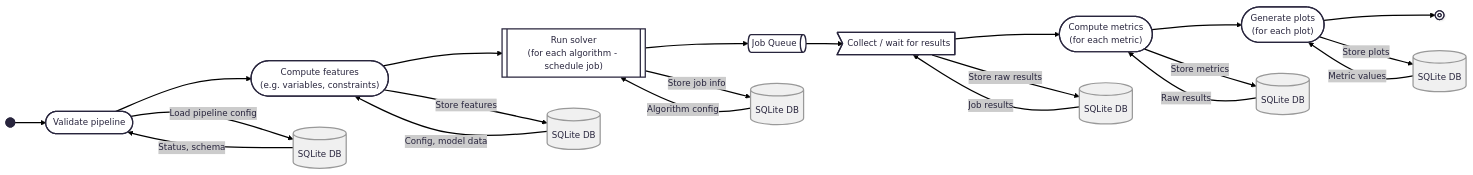
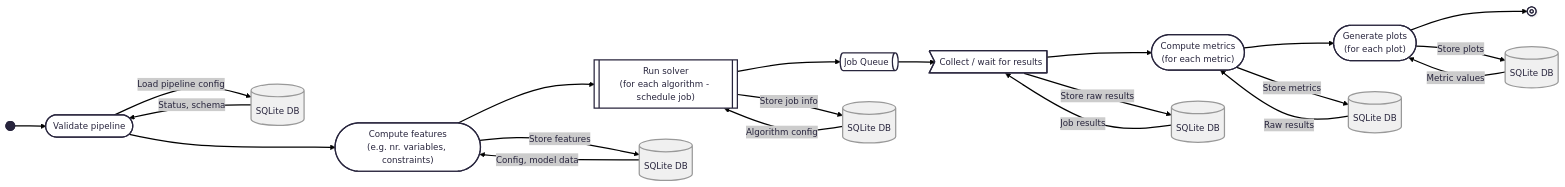
One commit to aqarios/luna-bench changed the third of 5 diagrams in docs/high-level-architecture.md. Above: the diagram before and after it, drawn with Mermaid. The commit also changed other lines of this file, not shown here.

Commit message:
Update high-level architecture documentation for better clarity and removed outdated diagrams

````diff
--- a/docs/high-level-architecture.md
+++ b/docs/high-level-architecture.md
@@ -125,40 +125,41 @@
 ```mermaid
 ---
 config:
   theme: redux
   layout: fixed
 ---
 flowchart LR
     start["Start"] --> validate(["Validate pipeline"])
-    validate -- <br> --> features(["Compute features<br>(e.g. variables, constraints)"])
-    features -- <br> --> solvers["Run solver<br>(for each algorithm - schedule job)"]
+    validate ---> features(["Compute features<br>(e.g. nr. variables, constraints)"])
+    features --> solvers["Run solver<br>(for each algorithm - schedule job)"]
     solvers --> queue["Job Queue"]
     queue --> collect>"Collect / wait for results"]
-    collect -- <br> --> metrics(["Compute metrics<br>(for each metric)"])
-    metrics -- <br> --> plots(["Generate plots<br>(for each plot)"])
+    collect --> metrics(["Compute metrics<br>(for each metric)"])
+    metrics --> plots(["Generate plots<br>(for each plot)"])
     plots --> done["Done"]
     validate -- Load pipeline config --> db1[("SQLite DB")]
     db1 -- Status, schema --> validate
     features -- Store features --> db2[("SQLite DB")]
     db2 -- Config, model data --> features
     solvers -- Store job info --> db3[("SQLite DB")]
     db3 -- Algorithm config --> solvers
     collect -- Store raw results --> db4[("SQLite DB")]
     db4 -- Job results --> collect
     metrics -- Store metrics --> db5[("SQLite DB")]
     db5 -- Raw results --> metrics
     plots -- Store plots --> db6[("SQLite DB")]
     db6 -- Metric values --> plots
     start@{ shape: f-circ}
     solvers@{ shape: subproc}
     queue@{ shape: h-cyl}
     done@{ shape: fr-circ}
      db1:::db
      db2:::db
      db3:::db
      db4:::db
      db5:::db
      db6:::db
     classDef db fill:#f0f0f0,stroke:#999,stroke-width:2px
 
+
 ```
````
